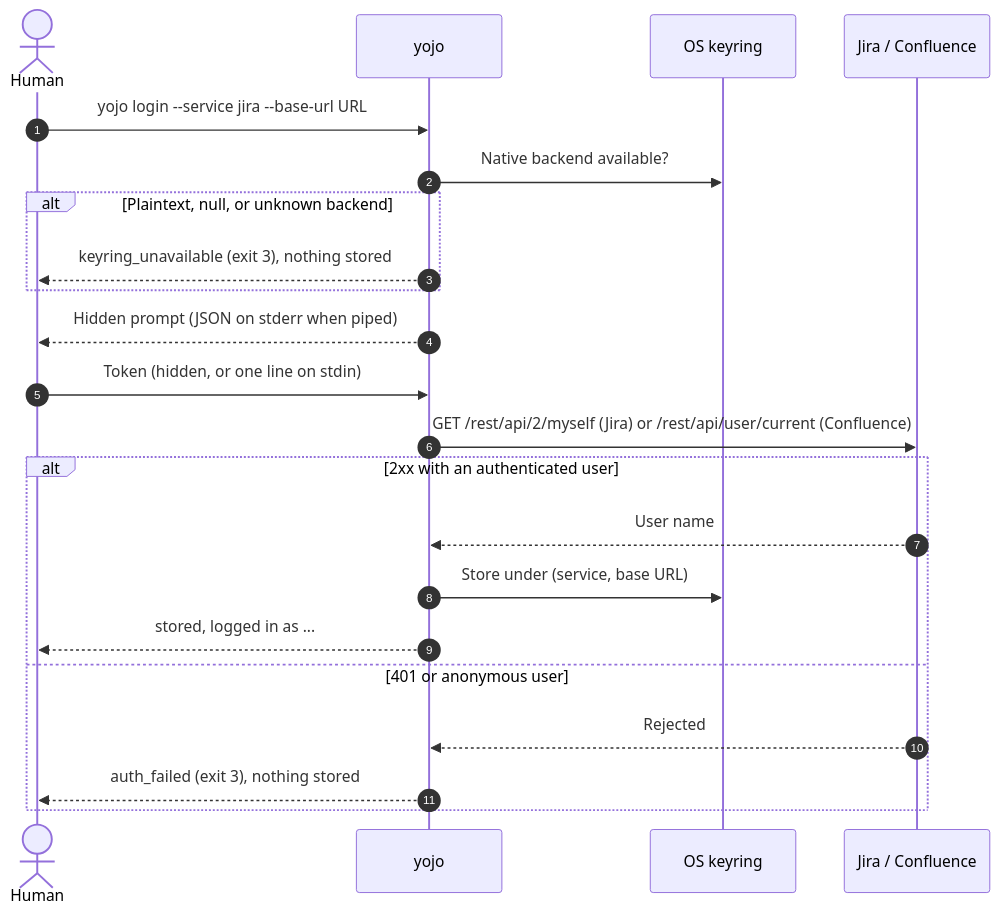
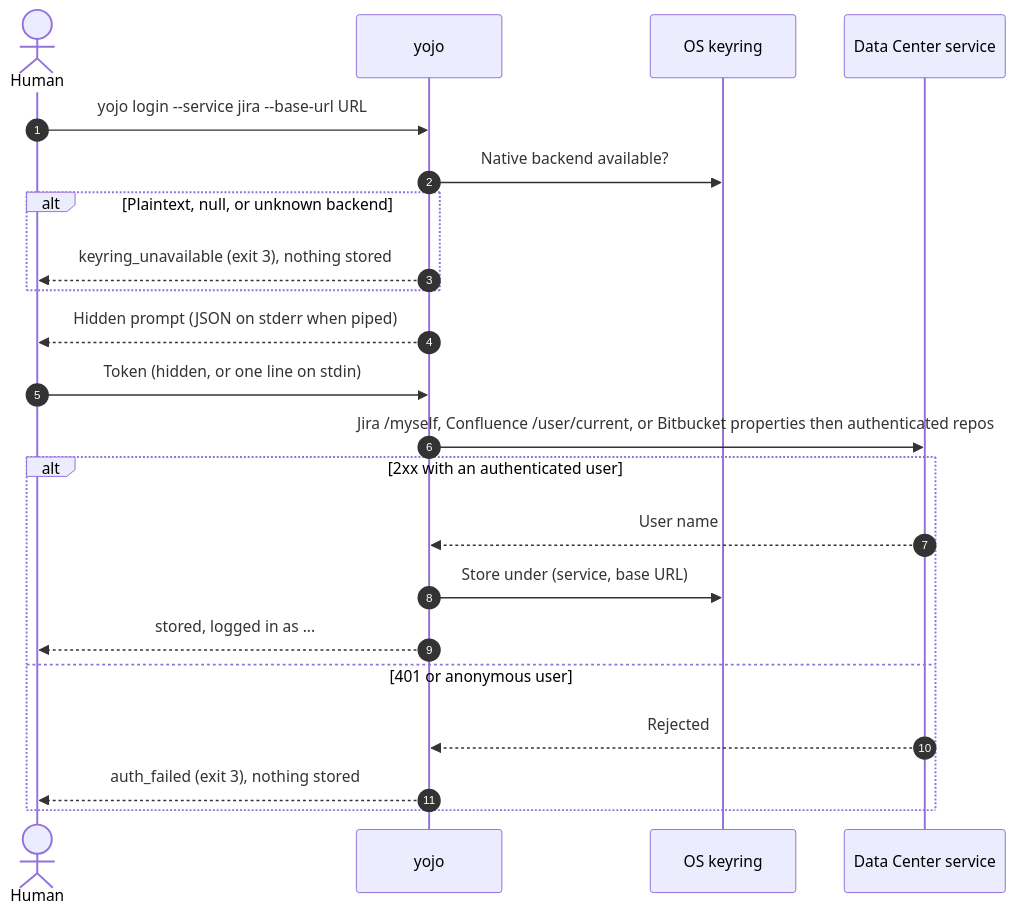
One commit to calvinware/atlass-cli changed the diagram in docs/getting-started.md. Above: the diagram before and after it, drawn with Mermaid. The commit also changed other lines of this file and 7 other files, not shown here.

````diff
--- a/docs/getting-started.md
+++ b/docs/getting-started.md
@@ -178,24 +184,24 @@
 ```mermaid
 sequenceDiagram
     autonumber
     actor Human
     participant yojo
     participant Keyring as OS keyring
-    participant Server as Jira / Confluence
+    participant Server as Data Center service
     Human->>yojo: yojo login --service jira --base-url URL
     yojo->>Keyring: Native backend available?
     alt Plaintext, null, or unknown backend
         yojo-->>Human: keyring_unavailable (exit 3), nothing stored
     end
     yojo-->>Human: Hidden prompt (JSON on stderr when piped)
     Human->>yojo: Token (hidden, or one line on stdin)
-    yojo->>Server: GET /rest/api/2/myself (Jira) or /rest/api/user/current (Confluence)
+    yojo->>Server: Jira /myself, Confluence /user/current, or Bitbucket properties then authenticated repos
     alt 2xx with an authenticated user
         Server-->>yojo: User name
         yojo->>Keyring: Store under (service, base URL)
         yojo-->>Human: stored, logged in as ...
     else 401 or anonymous user
         Server-->>yojo: Rejected
         yojo-->>Human: auth_failed (exit 3), nothing stored
     end
 ```
````
